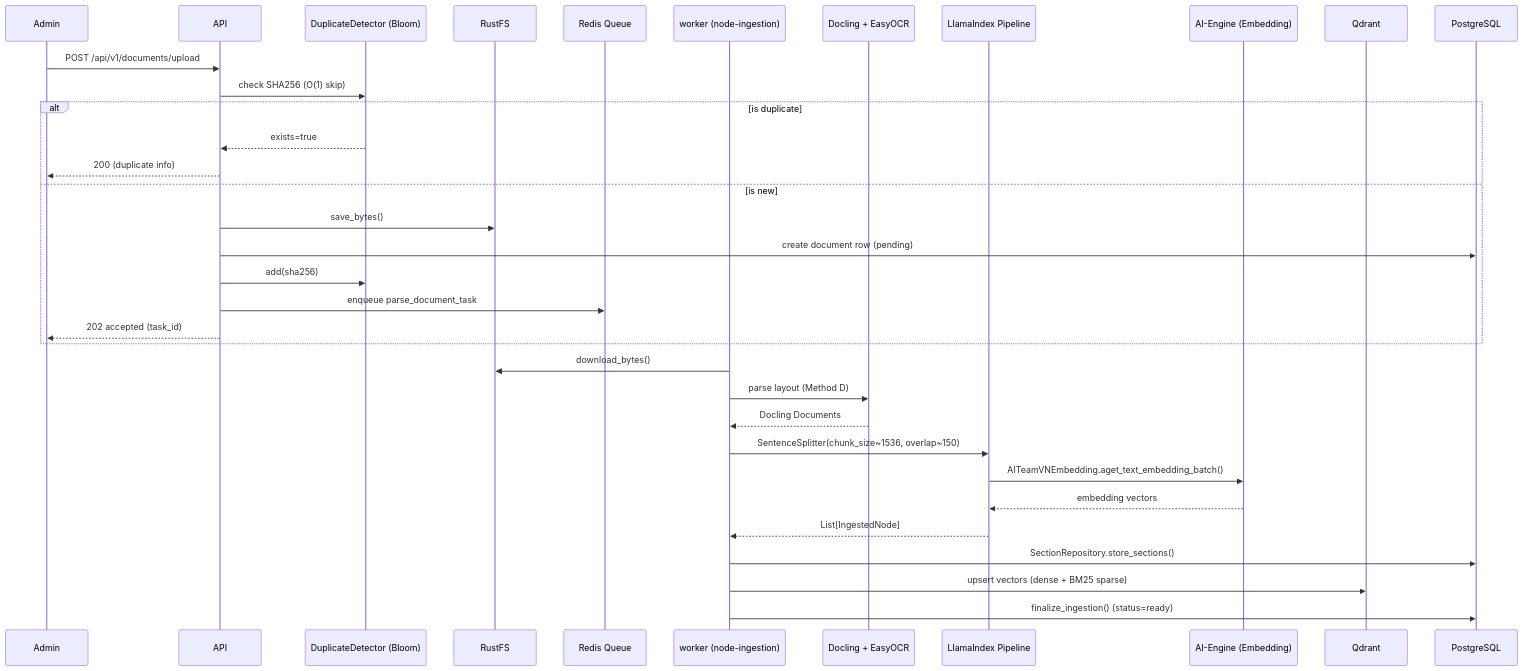
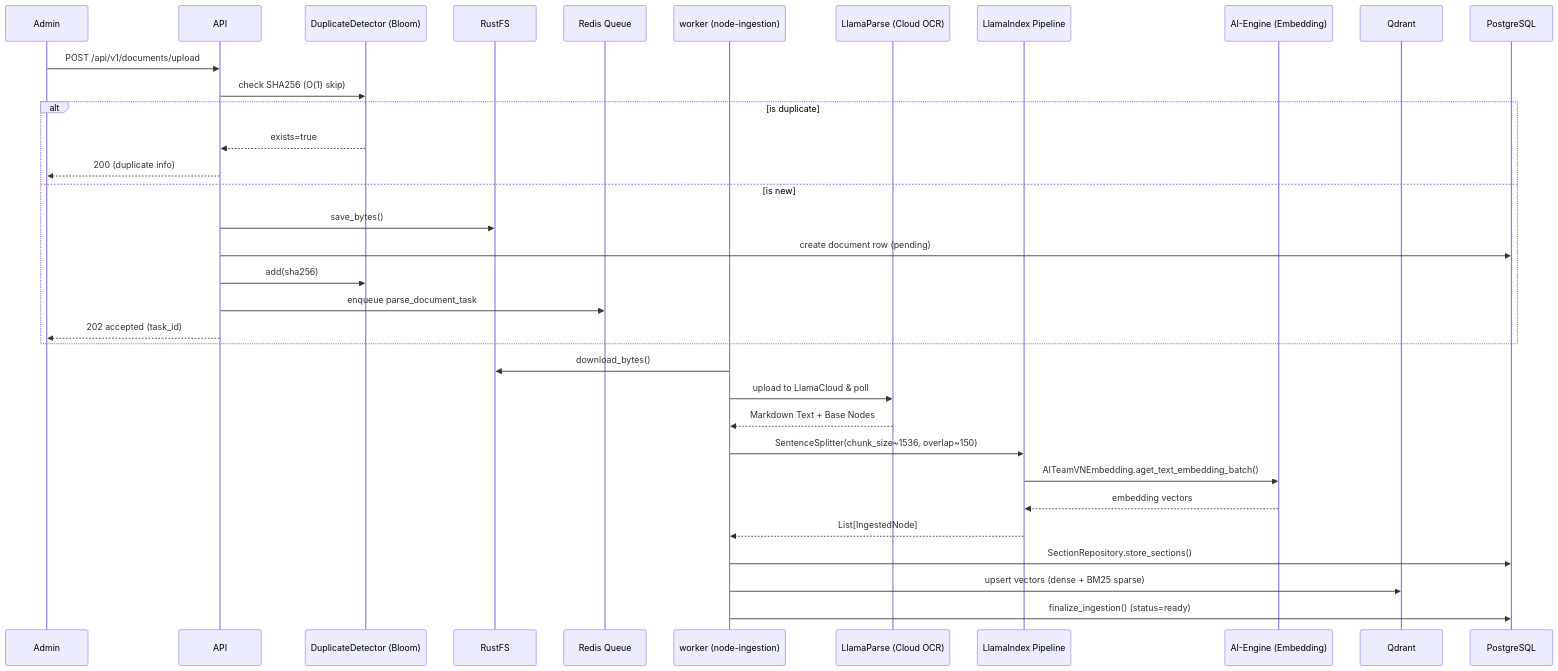
The diagram in docs/2.1_WORKFLOWS_INGESTION.md (qtuanph/chatbot-rag), drawn with Mermaid before and after one commit. The commit also changed other lines of this file and 35 other files, not shown here.

````diff
--- a/docs/2.1_WORKFLOWS_INGESTION.md
+++ b/docs/2.1_WORKFLOWS_INGESTION.md
@@ -5,38 +5,38 @@
 ```mermaid
 sequenceDiagram
     participant Admin
     participant API
     participant Bloom as DuplicateDetector (Bloom)
     participant Storage as RustFS
     participant Queue as Redis Queue
     participant Worker as worker (node-ingestion)
-    participant Parser as Docling + EasyOCR
+    participant Parser as LlamaParse (Cloud OCR)
     participant Llamaindex as LlamaIndex Pipeline
     participant AIEngine as AI-Engine (Embedding)
     participant Qdrant
     participant DB as PostgreSQL
 
     Admin->>API: POST /api/v1/documents/upload
     API->>Bloom: check SHA256 (O(1) skip)
     alt is duplicate
         Bloom-->>API: exists=true
         API-->>Admin: 200 (duplicate info)
     else is new
         API->>Storage: save_bytes()
         API->>DB: create document row (pending)
         API->>Bloom: add(sha256)
         API->>Queue: enqueue parse_document_task
         API-->>Admin: 202 accepted (task_id)
     end
 
     Worker->>Storage: download_bytes()
-    Worker->>Parser: parse layout (Method D)
-    Parser-->>Worker: Docling Documents
+    Worker->>Parser: upload to LlamaCloud & poll
+    Parser-->>Worker: Markdown Text + Base Nodes
     Worker->>Llamaindex: SentenceSplitter(chunk_size~1536, overlap~150)
     Llamaindex->>AIEngine: AITeamVNEmbedding.aget_text_embedding_batch()
     AIEngine-->>Llamaindex: embedding vectors
     Llamaindex-->>Worker: List[IngestedNode]
     Worker->>DB: SectionRepository.store_sections()
     Worker->>Qdrant: upsert vectors (dense + BM25 sparse)
     Worker->>DB: finalize_ingestion() (status=ready)
 ```
````
